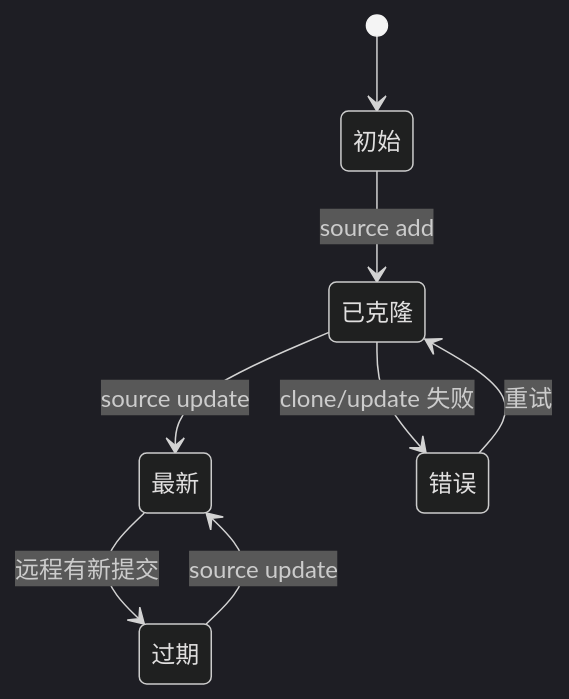
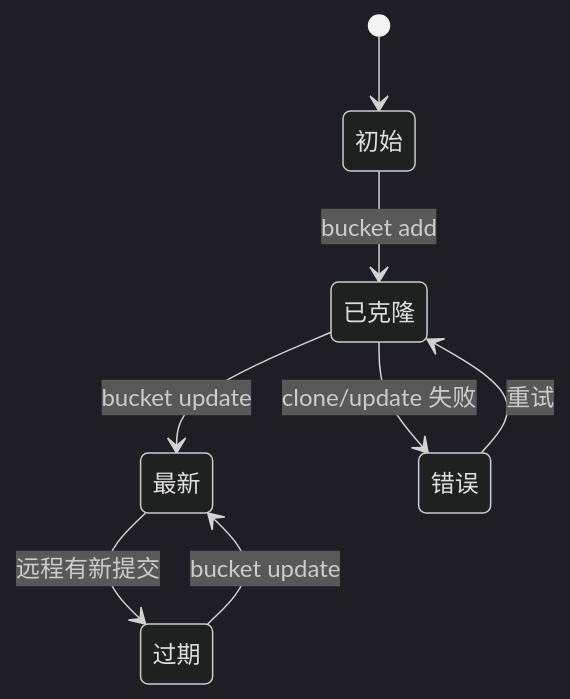
One commit to morning-start/chopsticks changed the fourth of 5 diagrams in wiki/design/STATE.md. Above: the diagram before and after it, drawn with Mermaid (dark theme). The commit also changed other lines of this file and 18 other files, not shown here.

````diff
--- a/wiki/design/STATE.md
+++ b/wiki/design/STATE.md
@@ -161,10 +164,10 @@
 ```mermaid
 stateDiagram-v2
     [*] --> 初始
-    初始 --> 已克隆: source add
-    已克隆 --> 最新: source update
+    初始 --> 已克隆: bucket add
+    已克隆 --> 最新: bucket update
     最新 --> 过期: 远程有新提交
-    过期 --> 最新: source update
+    过期 --> 最新: bucket update
     已克隆 --> 错误: clone/update 失败
     错误 --> 已克隆: 重试
 ```
````
